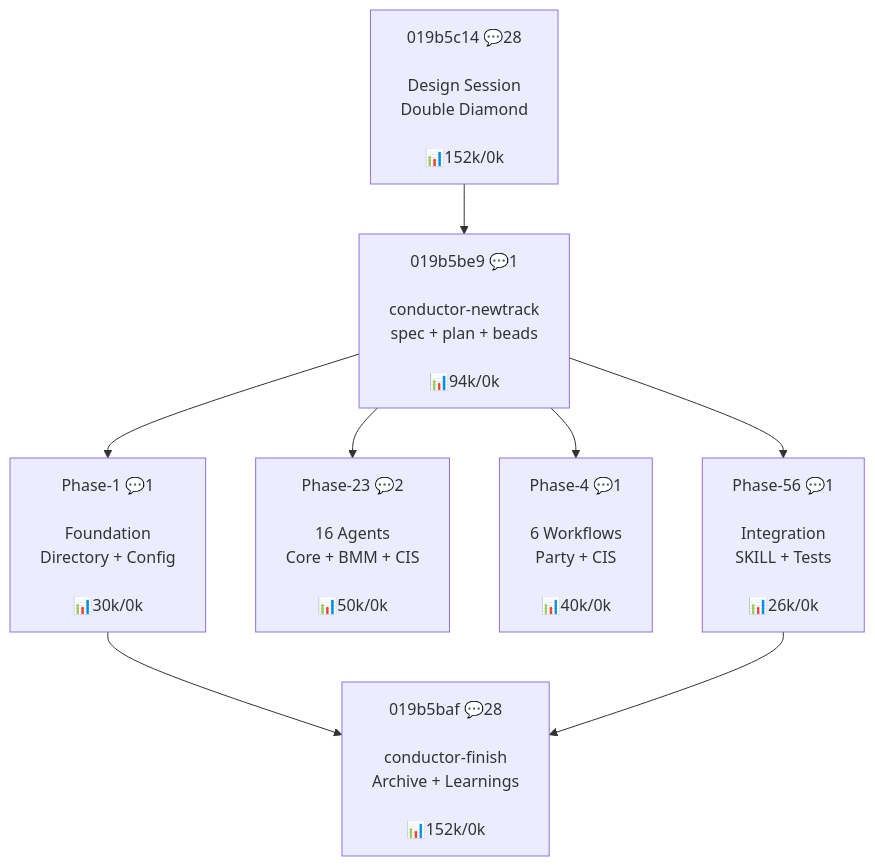
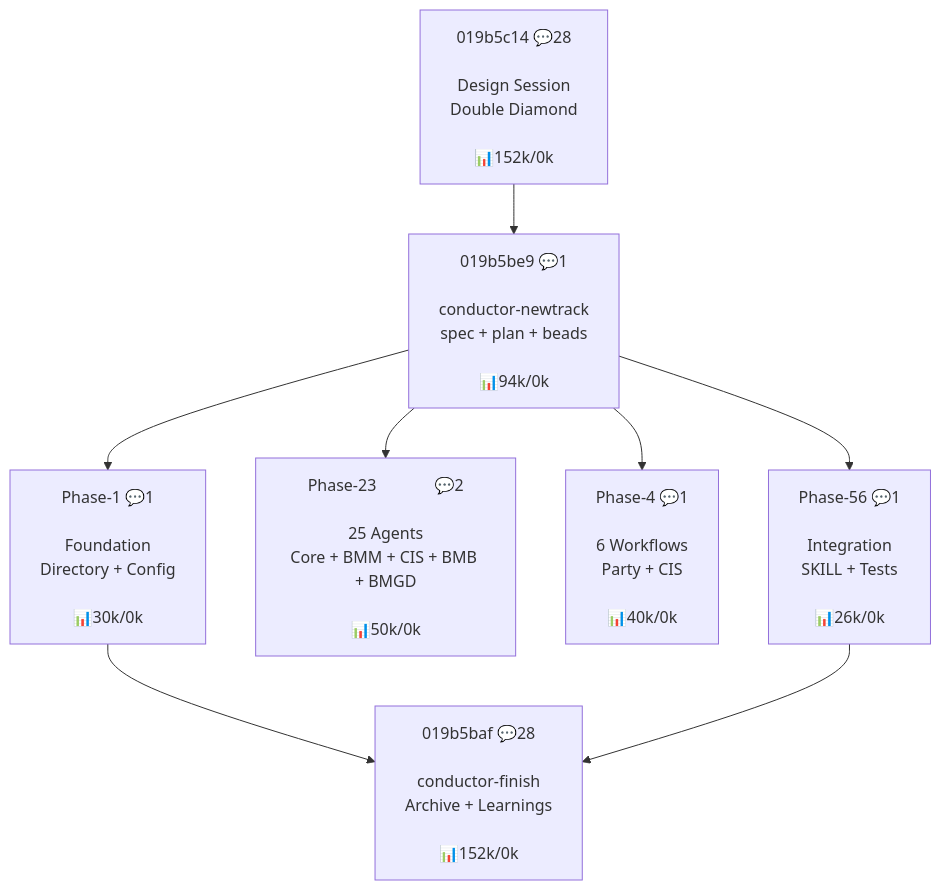
Before and after one commit to ReinaMacCredy/maestro: the diagram in TUTORIAL.md, drawn with Mermaid. The commit also changed 35 other files, not shown here.

Commit message:
feat: add new BMB and BMGD agents, update existing agent definitions, and refine documentation.

````diff
--- a/TUTORIAL.md
+++ b/TUTORIAL.md
@@ -945,26 +945,26 @@
 ```mermaid
 flowchart TB
     ds["019b5c14              💬28<br/><br/>Design Session<br/>Double Diamond<br/><br/>📊152k/0k"]
 
     nt["019b5be9              💬1<br/><br/>conductor-newtrack<br/>spec + plan + beads<br/><br/>📊94k/0k"]
 
     p1["Phase-1               💬1<br/><br/>Foundation<br/>Directory + Config<br/><br/>📊30k/0k"]
     
-    p23["Phase-23              💬2<br/><br/>16 Agents<br/>Core + BMM + CIS<br/><br/>📊50k/0k"]
+    p23["Phase-23              💬2<br/><br/>25 Agents<br/>Core + BMM + CIS + BMB + BMGD<br/><br/>📊50k/0k"]
     
     p4["Phase-4               💬1<br/><br/>6 Workflows<br/>Party + CIS<br/><br/>📊40k/0k"]
     
     p56["Phase-56              💬1<br/><br/>Integration<br/>SKILL + Tests<br/><br/>📊26k/0k"]
 
     fin["019b5baf              💬28<br/><br/>conductor-finish<br/>Archive + Learnings<br/><br/>📊152k/0k"]
 
     ds --> nt
     nt --> p1
     nt --> p23
     nt --> p4
     nt --> p56
     p1 --> fin
     p56 --> fin
 
     classDef box fill:#0d1117,stroke:#30363d,color:#8b949e,stroke-width:1px
 ```
````
